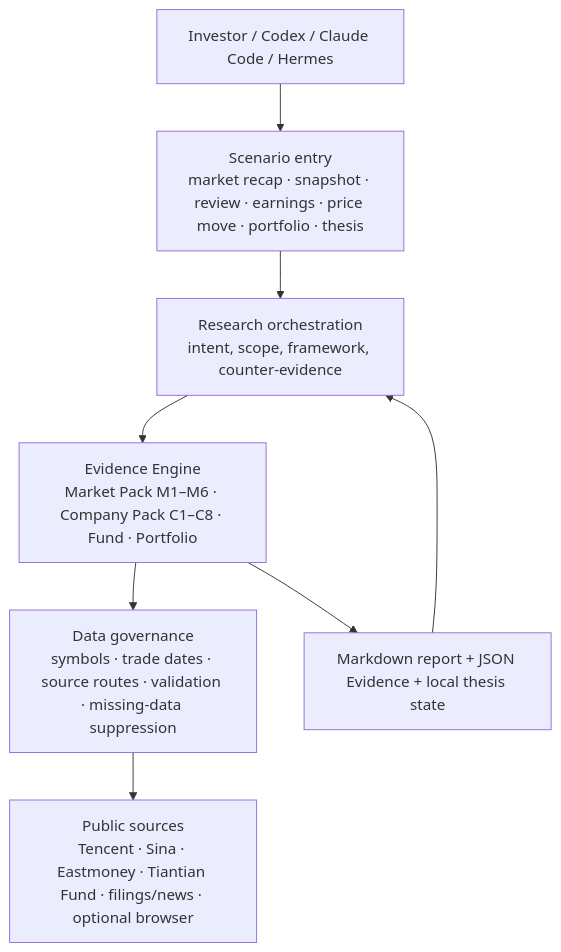
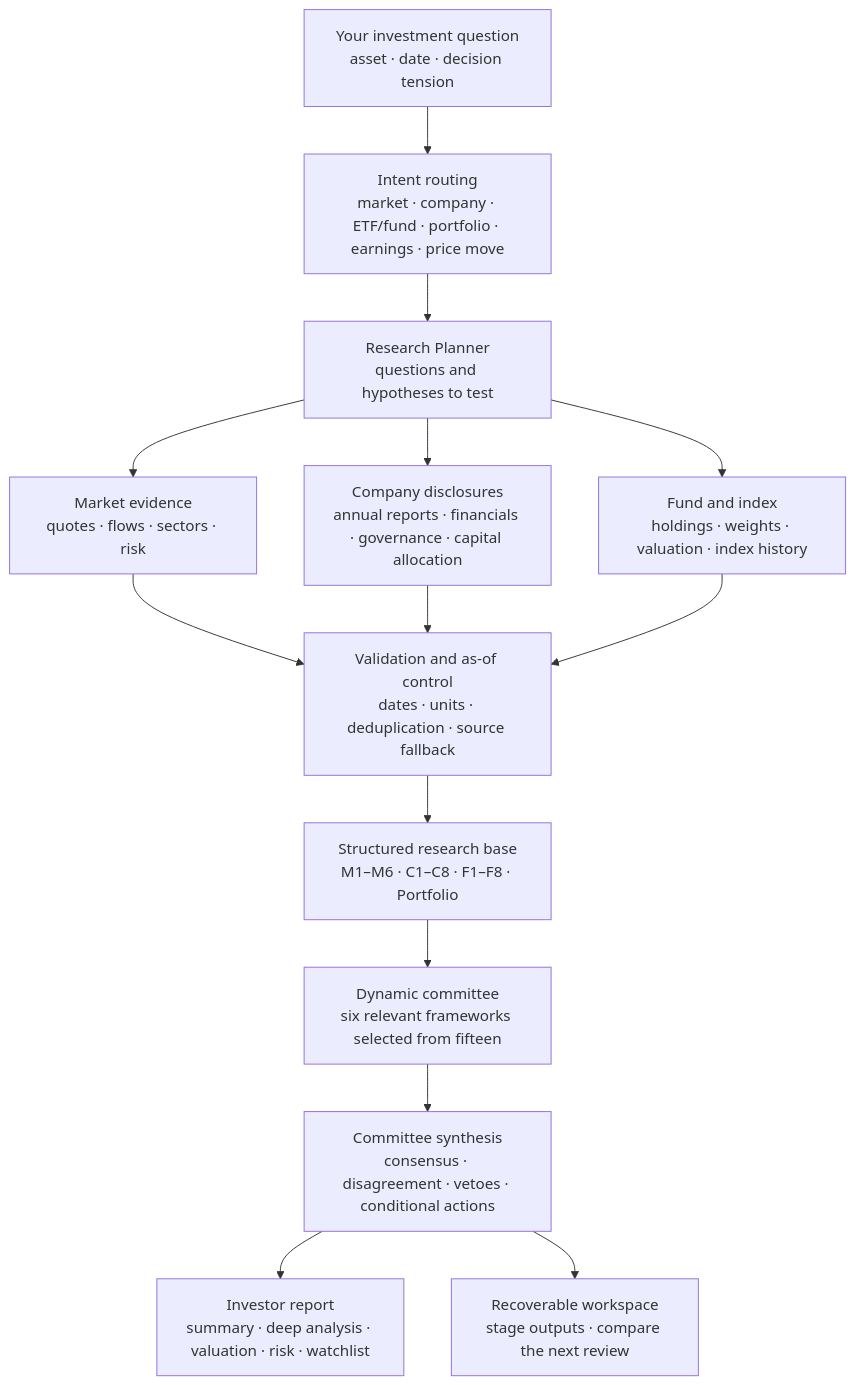
One commit to AdvancingTitans/stock-analysis changed the first of 2 diagrams in README.md. Above: the diagram before and after it, drawn with Mermaid. The commit also changed other lines of this file and 49 other files, not shown here.

````diff
--- a/README.md
+++ b/README.md
@@ -92,10 +127,16 @@
 ```mermaid
 flowchart TB
-    U["Investor / Codex / Claude Code / Hermes"] --> S["Scenario entry\nmarket recap · snapshot · review · earnings · price move · portfolio · thesis"]
-    S --> O["Research orchestration\nintent, scope, framework, counter-evidence"]
-    O --> E["Evidence Engine\nMarket Pack M1–M6 · Company Pack C1–C8 · Fund · Portfolio"]
-    E --> G["Data governance\nsymbols · trade dates · source routes · validation · missing-data suppression"]
-    G --> D["Public sources\nTencent · Sina · Eastmoney · Tiantian Fund · filings/news · optional browser"]
-    E --> R["Markdown report + JSON Evidence + local thesis state"]
-    R --> O
+    U["Your investment question\nasset · date · decision tension"] --> I["Intent routing\nmarket · company · ETF/fund · portfolio · earnings · price move"]
+    I --> P["Research Planner\nquestions and hypotheses to test"]
+    P --> C1["Market evidence\nquotes · flows · sectors · risk"]
+    P --> C2["Company disclosures\nannual reports · financials · governance · capital allocation"]
+    P --> C3["Fund and index\nholdings · weights · valuation · index history"]
+    C1 --> V["Validation and as-of control\ndates · units · deduplication · source fallback"]
+    C2 --> V
+    C3 --> V
+    V --> E["Structured research base\nM1–M6 · C1–C8 · F1–F8 · Portfolio"]
+    E --> K["Dynamic committee\nsix relevant frameworks selected from fifteen"]
+    K --> S["Committee synthesis\nconsensus · disagreement · vetoes · conditional actions"]
+    S --> R["Investor report\nsummary · deep analysis · valuation · risk · watchlist"]
+    S --> W["Recoverable workspace\nstage outputs · compare the next review"]
 ```
````
